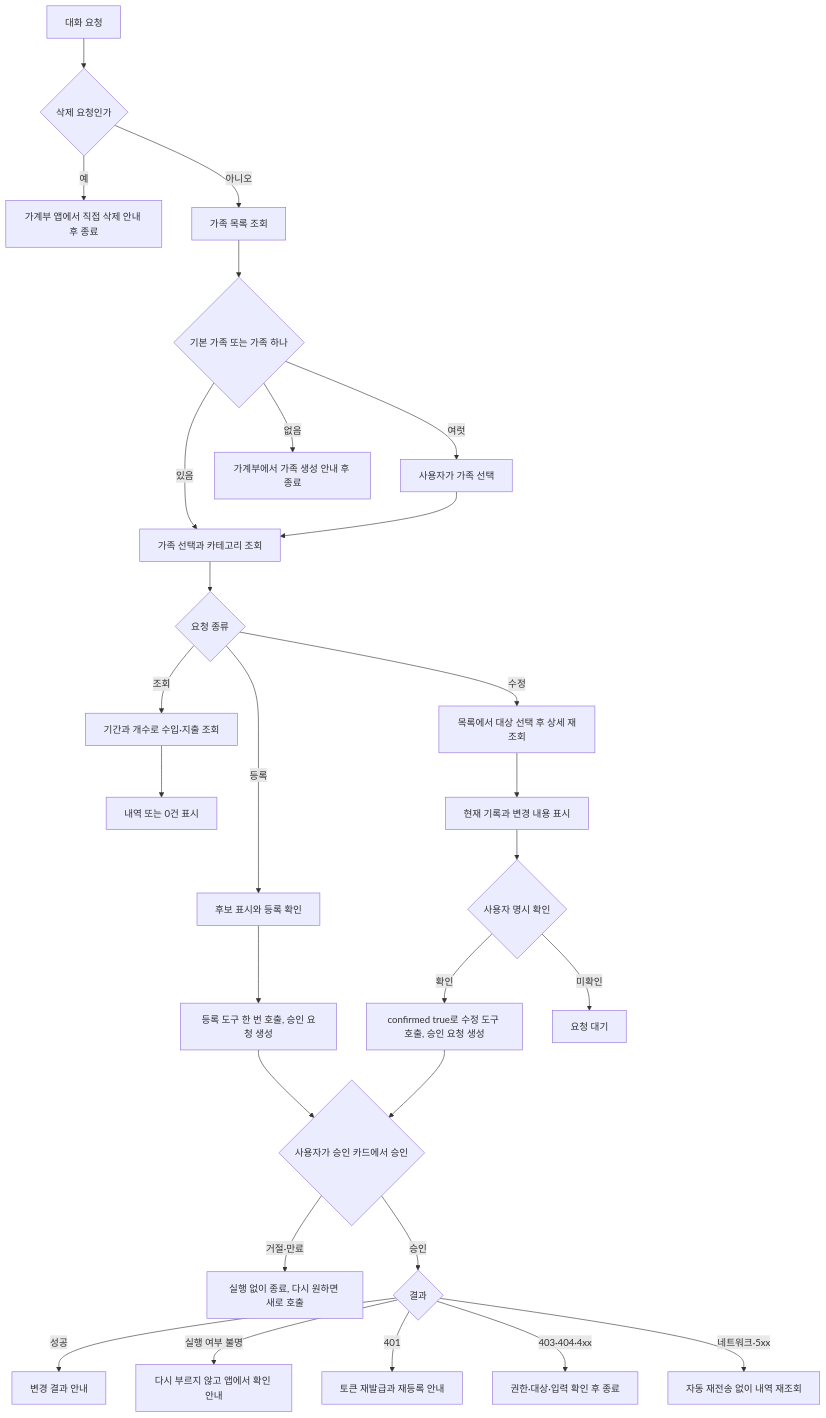
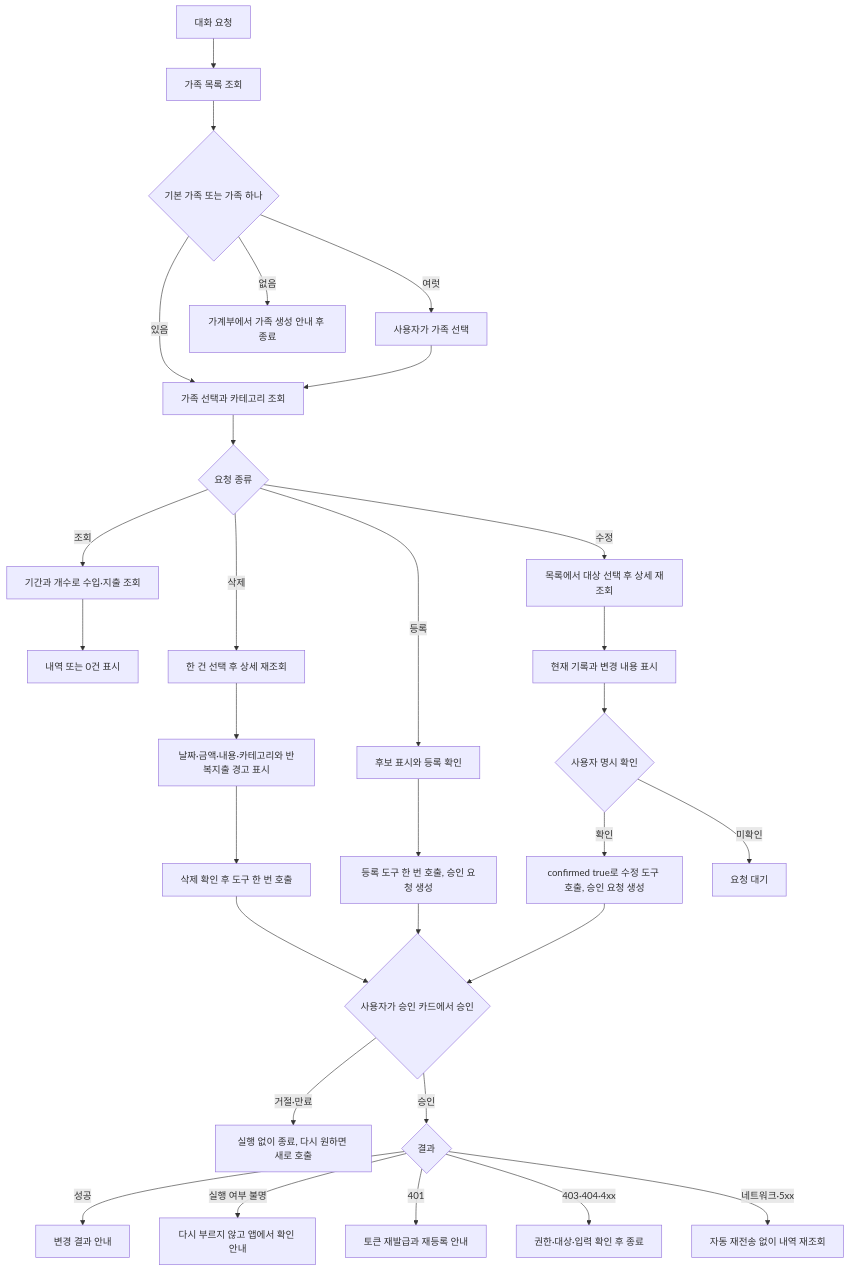
Before and after one commit to jon890/fos-agents: the second of 2 diagrams in accountbook/docs/flow.md, drawn with Mermaid. The commit also changed 6 other files, not shown here.

````diff
--- a/accountbook/docs/flow.md
+++ b/accountbook/docs/flow.md
@@ -83,30 +83,32 @@
 ```mermaid
 flowchart TD
-  A[대화 요청] --> V{삭제 요청인가}
-  V -->|예| W[가계부 앱에서 직접 삭제 안내 후 종료]
-  V -->|아니오| B[가족 목록 조회]
+  A[대화 요청] --> B[가족 목록 조회]
   B --> C{기본 가족 또는 가족 하나}
   C -->|있음| D[가족 선택과 카테고리 조회]
   C -->|여럿| E[사용자가 가족 선택]
   E --> D
   C -->|없음| F[가계부에서 가족 생성 안내 후 종료]
   D --> G{요청 종류}
   G -->|조회| H[기간과 개수로 수입·지출 조회]
   H --> I[내역 또는 0건 표시]
   G -->|등록| J[후보 표시와 등록 확인]
   J --> K[등록 도구 한 번 호출, 승인 요청 생성]
+  G -->|삭제| X[한 건 선택 후 상세 재조회]
+  X --> X1[날짜·금액·내용·카테고리와 반복지출 경고 표시]
+  X1 --> X2[삭제 확인 후 도구 한 번 호출]
+  X2 --> Y
   G -->|수정| L[목록에서 대상 선택 후 상세 재조회]
   L --> M[현재 기록과 변경 내용 표시]
   M --> N{사용자 명시 확인}
   N -->|확인| O[confirmed true로 수정 도구 호출, 승인 요청 생성]
   N -->|미확인| P[요청 대기]
   K --> Y{사용자가 승인 카드에서 승인}
   O --> Y
   Y -->|거절·만료| Z[실행 없이 종료, 다시 원하면 새로 호출]
   Y -->|승인| Q{결과}
   Q -->|성공| R[변경 결과 안내]
   Q -->|실행 여부 불명| V2[다시 부르지 않고 앱에서 확인 안내]
   Q -->|401| S[토큰 재발급과 재등록 안내]
   Q -->|403·404·4xx| T[권한·대상·입력 확인 후 종료]
   Q -->|네트워크·5xx| U[자동 재전송 없이 내역 재조회]
 ```
````
